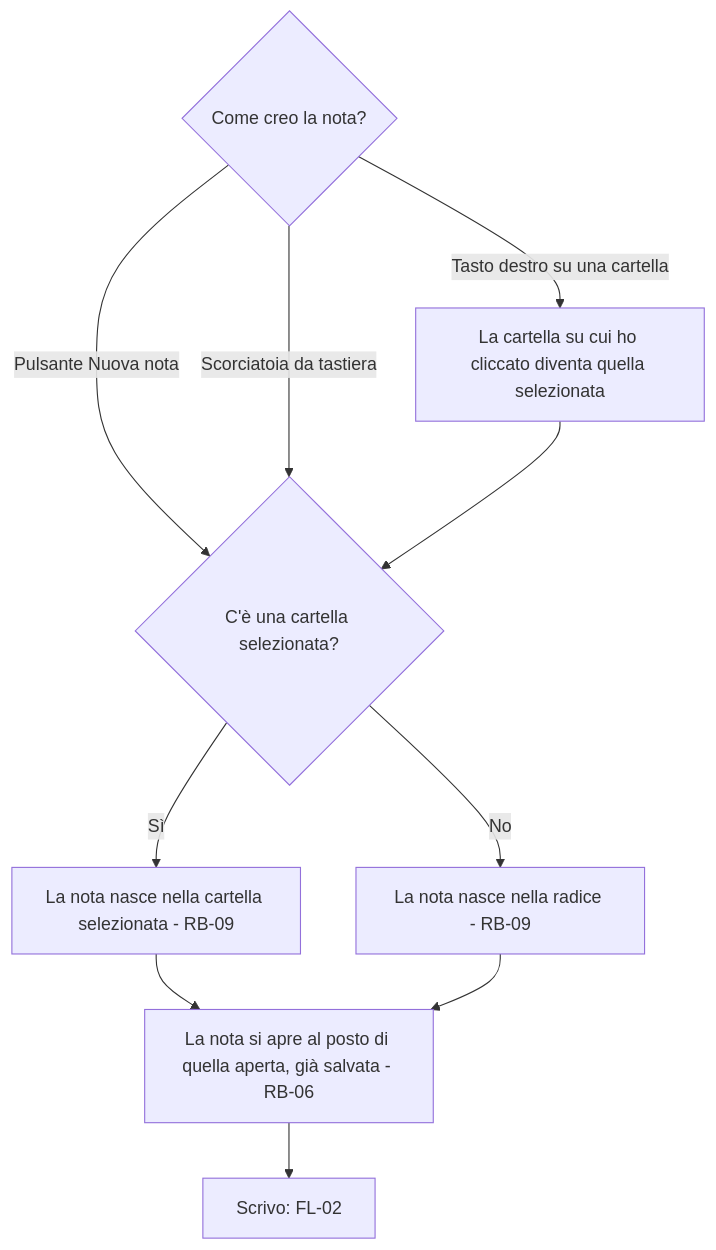
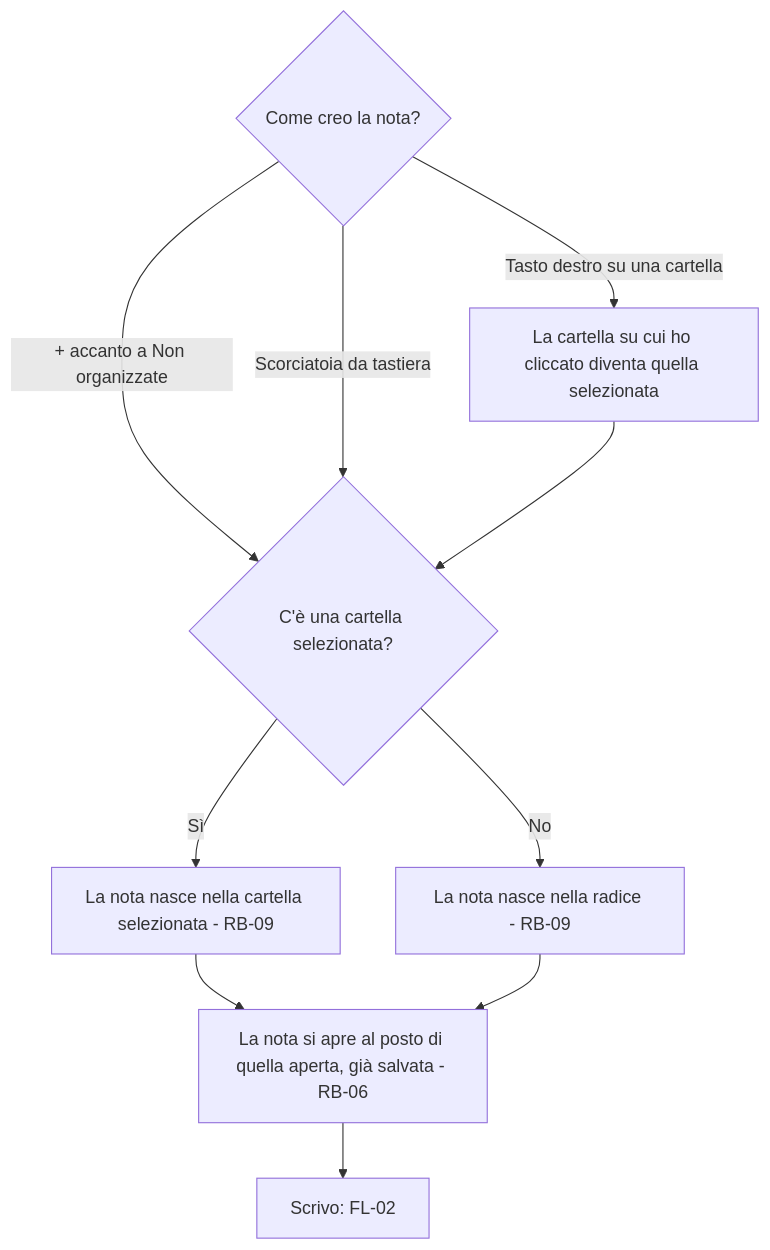
Before and after one commit to Helmutsti/MemoDu: the second of 5 diagrams in docs/moduli/note/2-flussi.md, drawn with Mermaid. The commit also changed other lines of this file and 22 other files, not shown here.

````diff
--- a/docs/moduli/note/2-flussi.md
+++ b/docs/moduli/note/2-flussi.md
@@ -55,12 +54,12 @@
 ```mermaid
 flowchart TD
-    A{Come creo la nota?} -- Pulsante Nuova nota --> B
+    A{Come creo la nota?} -- + accanto a Non organizzate --> B
     A -- Scorciatoia da tastiera --> B
     A -- Tasto destro su una cartella --> C[La cartella su cui ho cliccato diventa quella selezionata]
     C --> B{C'è una cartella selezionata?}
     B -- Sì --> D[La nota nasce nella cartella selezionata - RB-09]
     B -- No --> E[La nota nasce nella radice - RB-09]
     D --> F[La nota si apre al posto di quella aperta, già salvata - RB-06]
     E --> F
     F --> G[Scrivo: FL-02]
 ```
````
